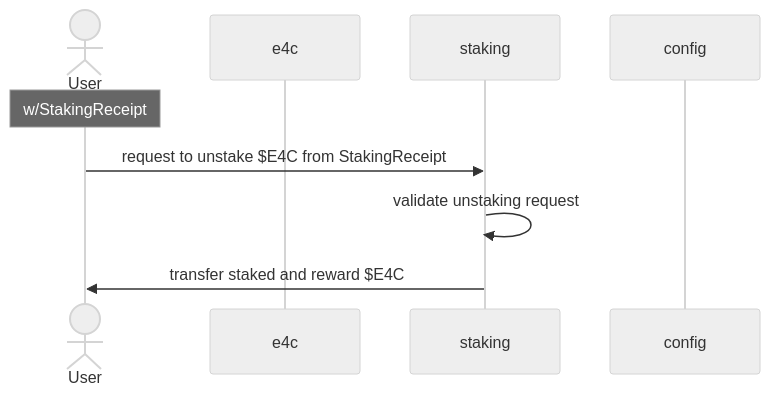
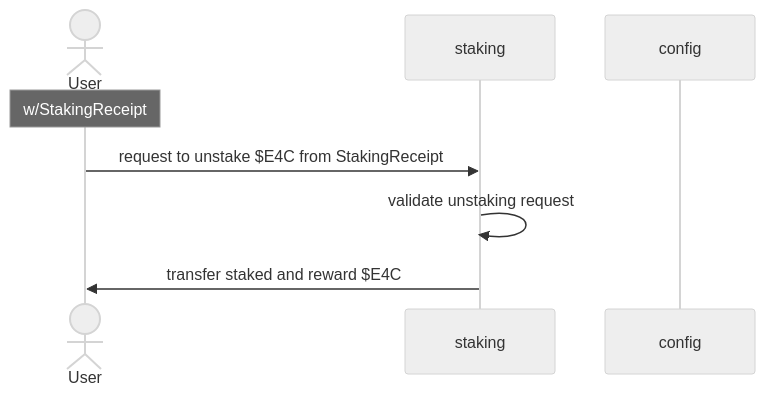
The fifth of 6 diagrams in README.md (z330789559/e4c), drawn with Mermaid (neutral theme) before and after one commit. The commit also changed other lines of this file, not shown here.

Commit message:
docs: separate modules on sequence diagram

````diff
--- a/README.md
+++ b/README.md
@@ -80,11 +93,10 @@
 ```mermaid
 sequenceDiagram
     actor U as User
-    participant e4c
     participant staking
     participant config
     Note over U: w/StakingReceipt
     U ->> staking: request to unstake $E4C from StakingReceipt
     staking ->> staking: validate unstaking request
     staking ->> U: transfer staked and reward $E4C
 ```
````
